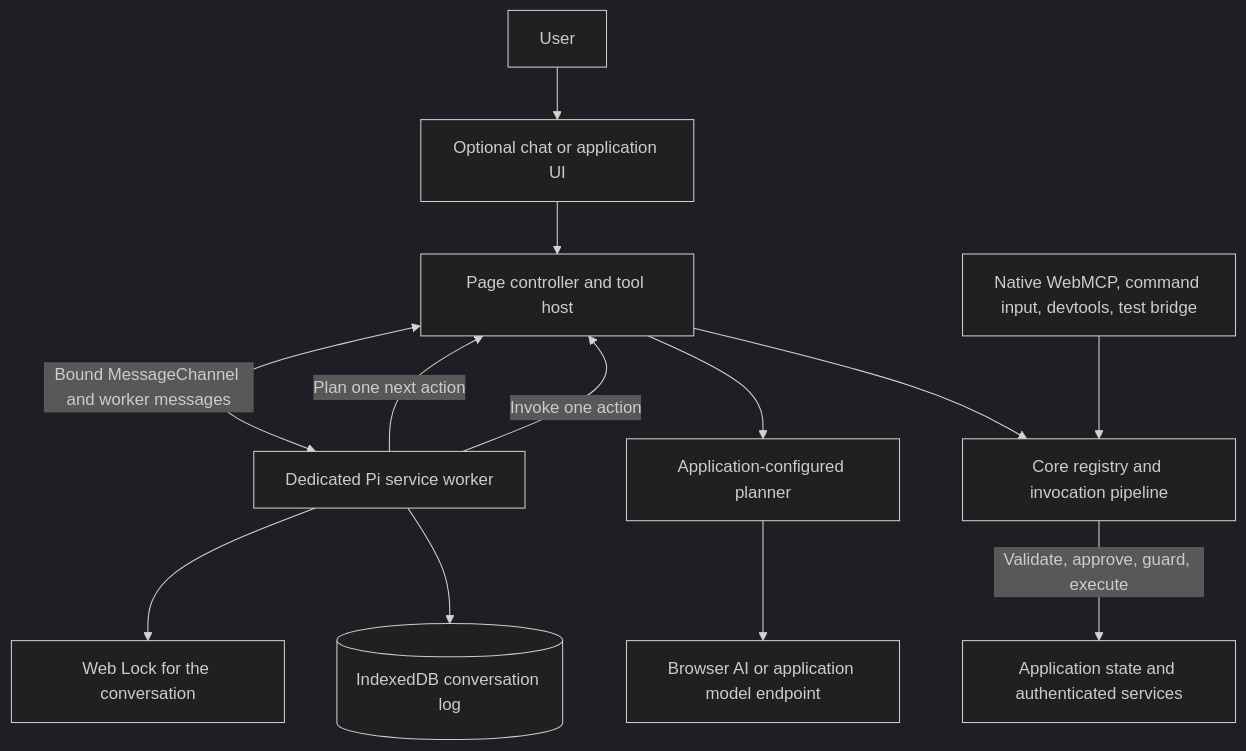
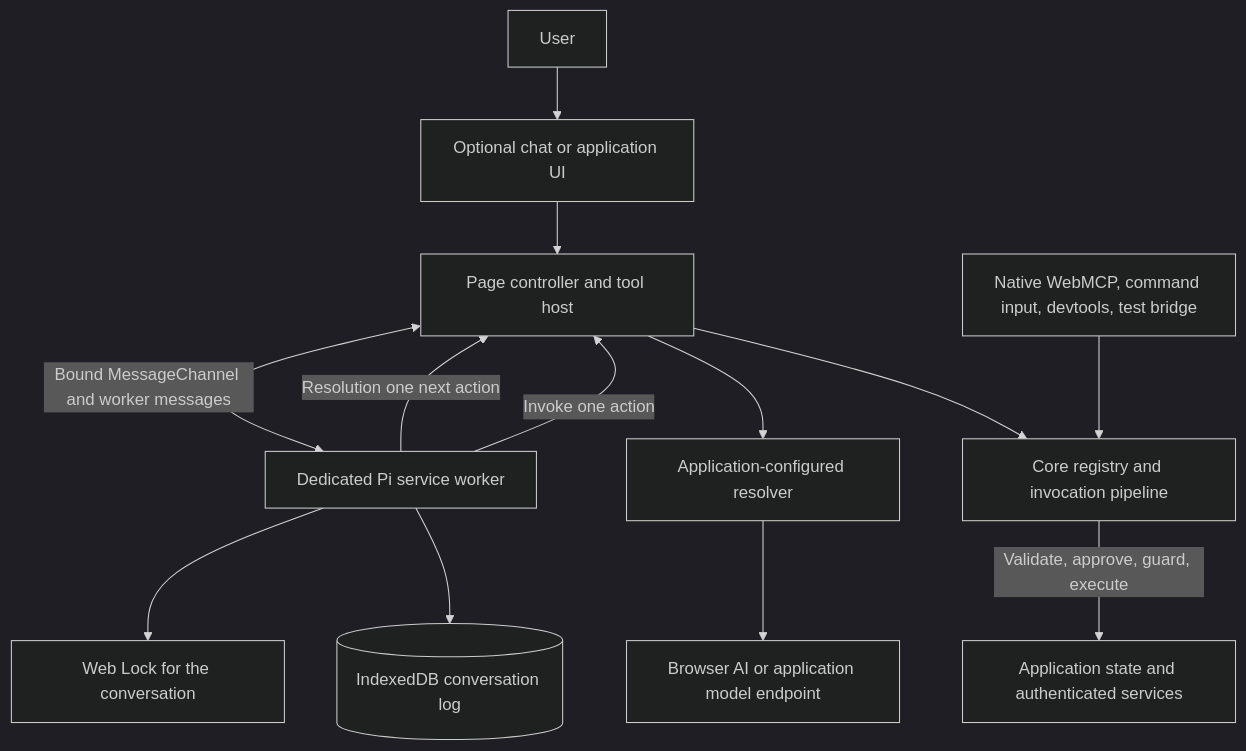
One commit to vampaz/web-mcp changed the first of 4 diagrams in docs/architecture.md. Above: the diagram before and after it, drawn with Mermaid (dark theme). The commit also changed other lines of this file and 79 other files, not shown here.

````diff
--- a/docs/architecture.md
+++ b/docs/architecture.md
@@ -9,26 +9,26 @@
 ```mermaid
 flowchart TB
   User[User]
   UI[Optional chat or application UI]
   Page[Page controller and tool host]
   Worker[Dedicated Pi service worker]
   Storage[(IndexedDB conversation log)]
   Lock[Web Lock for the conversation]
-  Planner[Application-configured planner]
+  Resolver[Application-configured resolver]
   Model[Browser AI or application model endpoint]
   Registry[Core registry and invocation pipeline]
   App[Application state and authenticated services]
   Native[Native WebMCP, command input, devtools, test bridge]
   User --> UI
   UI --> Page
   Page <-->|Bound MessageChannel and worker messages| Worker
   Worker --> Lock
   Worker --> Storage
-  Worker -->|Plan one next action| Page
-  Page --> Planner
-  Planner --> Model
+  Worker -->|Resolution one next action| Page
+  Page --> Resolver
+  Resolver --> Model
   Worker -->|Invoke one action| Page
   Page --> Registry
   Native --> Registry
   Registry -->|Validate, approve, guard, execute| App
 ```
````
